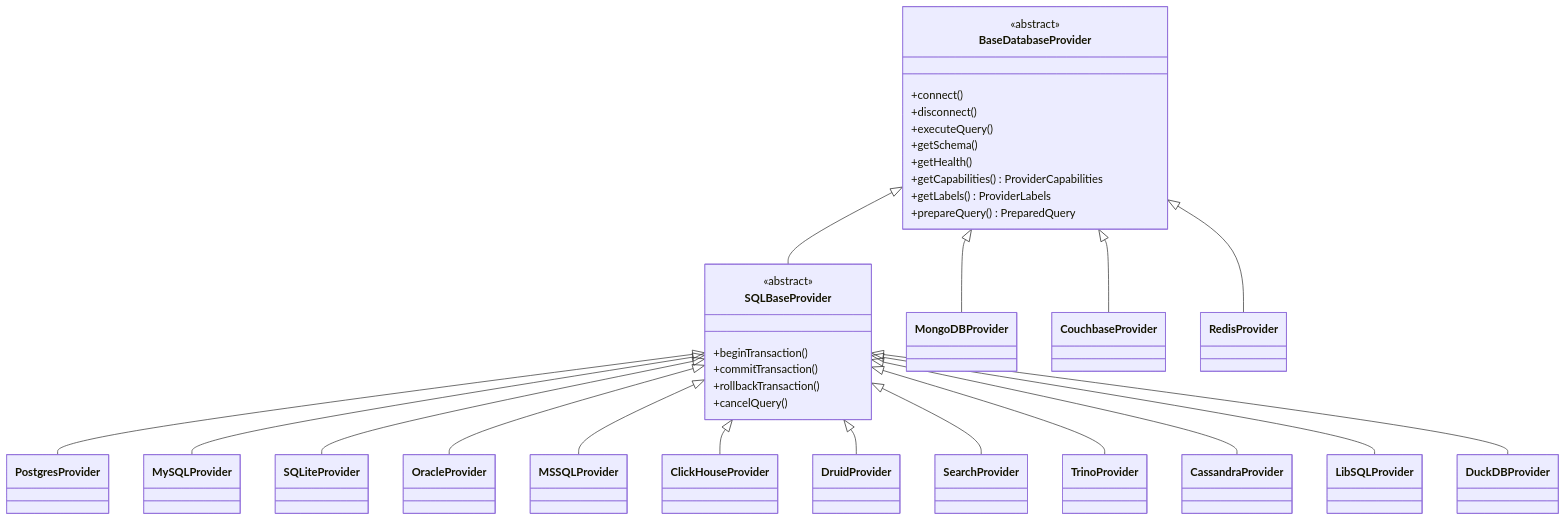
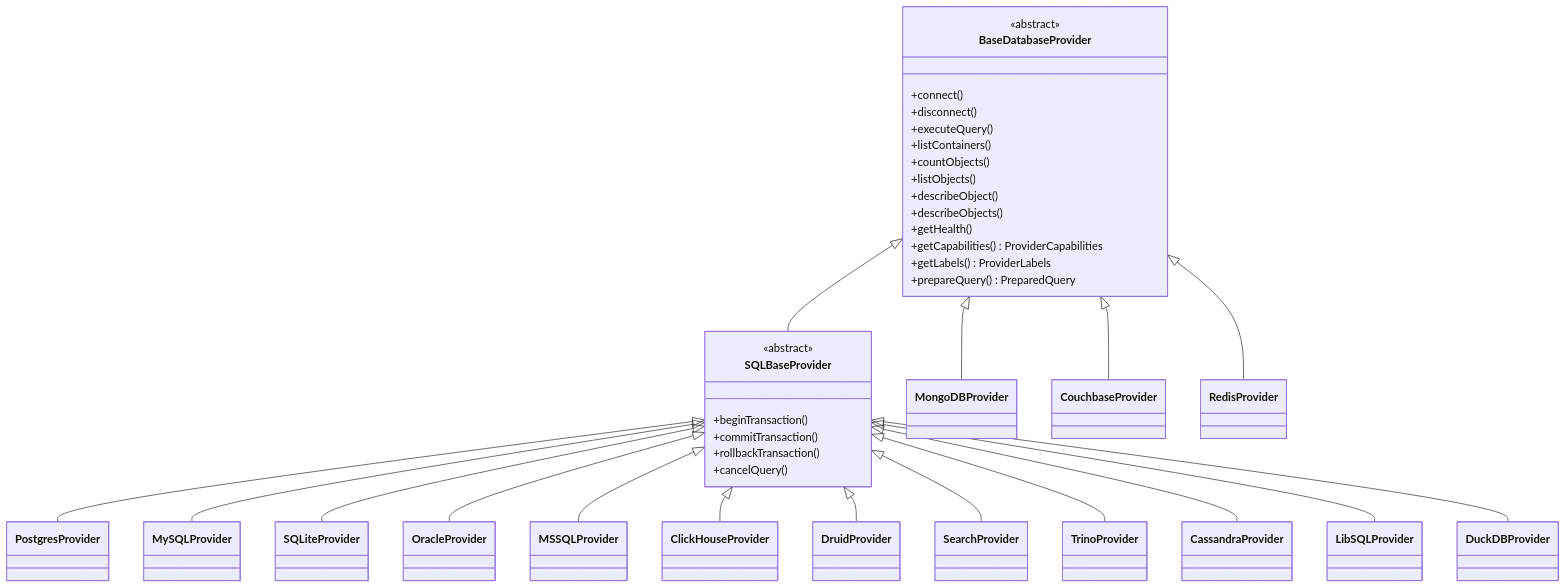
One commit to libredb/libredb-studio changed the second of 3 diagrams in docs/ARCHITECTURE.md. Above: the diagram before and after it, drawn with Mermaid. The commit also changed other lines of this file and 273 other files, not shown here.

Commit message:
feat(objects)!: a database object model with containers, kinds and a lazy tree across all 17 engines (#811)

````diff
--- a/docs/ARCHITECTURE.md
+++ b/docs/ARCHITECTURE.md
@@ -77,40 +77,44 @@
 ```mermaid
 classDiagram
     class BaseDatabaseProvider {
         <<abstract>>
         +connect()
         +disconnect()
         +executeQuery()
-        +getSchema()
+        +listContainers()
+        +countObjects()
+        +listObjects()
+        +describeObject()
+        +describeObjects()
         +getHealth()
         +getCapabilities() ProviderCapabilities
         +getLabels() ProviderLabels
         +prepareQuery() PreparedQuery
     }
 
     class SQLBaseProvider {
         <<abstract>>
         +beginTransaction()
         +commitTransaction()
         +rollbackTransaction()
         +cancelQuery()
     }
 
     BaseDatabaseProvider <|-- SQLBaseProvider
     BaseDatabaseProvider <|-- MongoDBProvider
     BaseDatabaseProvider <|-- CouchbaseProvider
     BaseDatabaseProvider <|-- RedisProvider
 
     SQLBaseProvider <|-- PostgresProvider
     SQLBaseProvider <|-- MySQLProvider
     SQLBaseProvider <|-- SQLiteProvider
     SQLBaseProvider <|-- OracleProvider
     SQLBaseProvider <|-- MSSQLProvider
     SQLBaseProvider <|-- ClickHouseProvider
     SQLBaseProvider <|-- DruidProvider
     SQLBaseProvider <|-- SearchProvider
     SQLBaseProvider <|-- TrinoProvider
     SQLBaseProvider <|-- CassandraProvider
     SQLBaseProvider <|-- LibSQLProvider
     SQLBaseProvider <|-- DuckDBProvider
 ```
````
